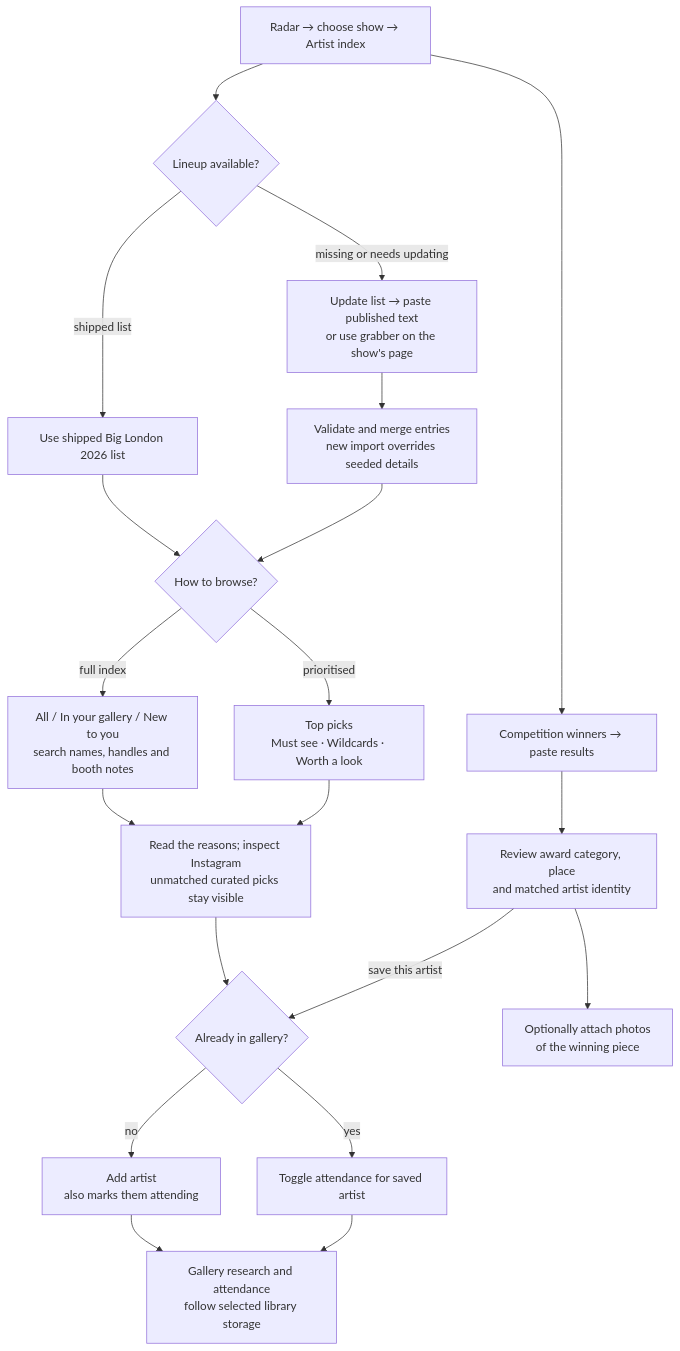
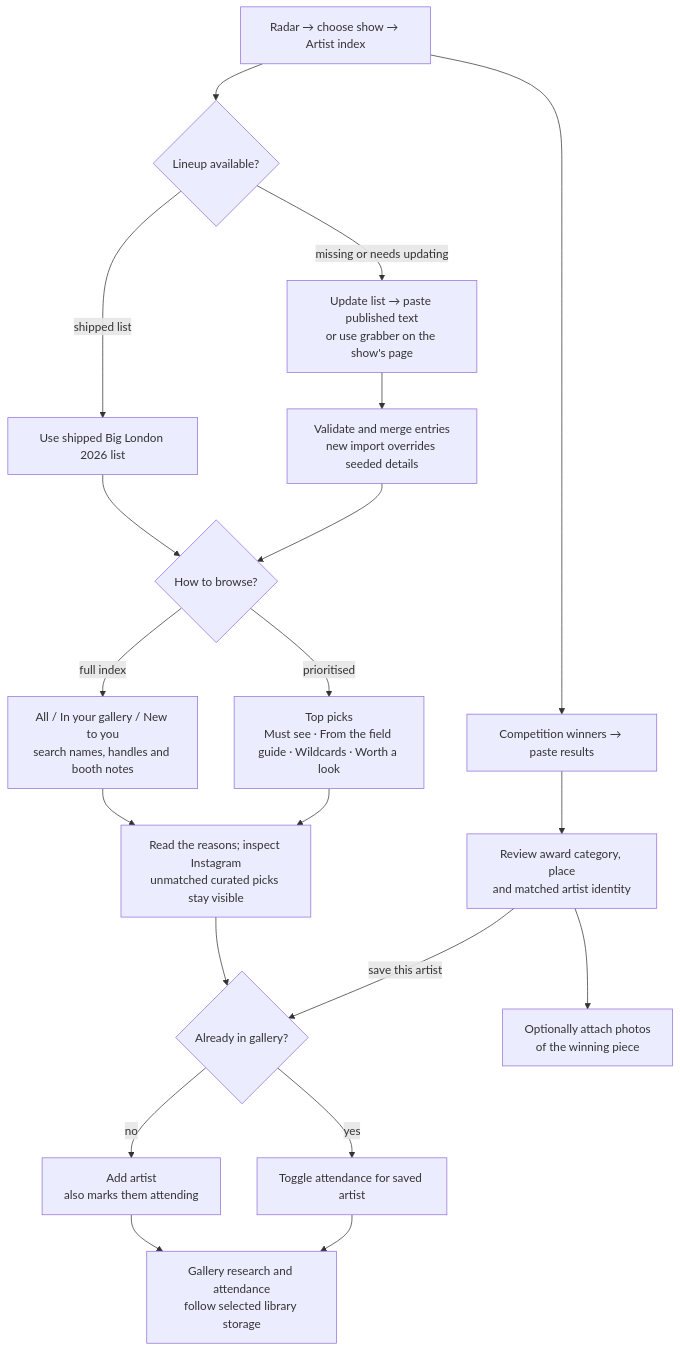
One commit to Pritesh1980/sable changed the seventh of 8 diagrams in docs/USER-WORKFLOWS.md. Above: the diagram before and after it, drawn with Mermaid. The commit also changed 17 other files, not shown here.

````diff
--- a/docs/USER-WORKFLOWS.md
+++ b/docs/USER-WORKFLOWS.md
@@ -294,30 +294,30 @@
 ```mermaid
 flowchart TB
   RADAR["Radar → choose show → Artist index"]
   SOURCE{"Lineup available?"}
   SEED["Use shipped Big London 2026 list"]
   IMPORT["Update list → paste published text<br/>or use grabber on the show's page"]
   MERGE["Validate and merge entries<br/>new import overrides seeded details"]
   VIEW{"How to browse?"}
   ALL["All / In your gallery / New to you<br/>search names, handles and booth notes"]
-  PICKS["Top picks<br/>Must see · Wildcards · Worth a look"]
+  PICKS["Top picks<br/>Must see · From the field guide · Wildcards · Worth a look"]
   CHECK["Read the reasons; inspect Instagram<br/>unmatched curated picks stay visible"]
   SAVED{"Already in gallery?"}
   ADD["Add artist<br/>also marks them attending"]
   FLAG["Toggle attendance for saved artist"]
   KEEP["Gallery research and attendance<br/>follow selected library storage"]
   WIN["Competition winners → paste results"]
   REVIEW["Review award category, place<br/>and matched artist identity"]
   PHOTO["Optionally attach photos<br/>of the winning piece"]
 
   RADAR --> SOURCE
   SOURCE -- "shipped list" --> SEED --> VIEW
   SOURCE -- "missing or needs updating" --> IMPORT --> MERGE --> VIEW
   VIEW -- "full index" --> ALL --> CHECK
   VIEW -- "prioritised" --> PICKS --> CHECK
   CHECK --> SAVED
   SAVED -- no --> ADD --> KEEP
   SAVED -- yes --> FLAG --> KEEP
   RADAR --> WIN --> REVIEW --> PHOTO
   REVIEW -- "save this artist" --> SAVED
 ```
````
